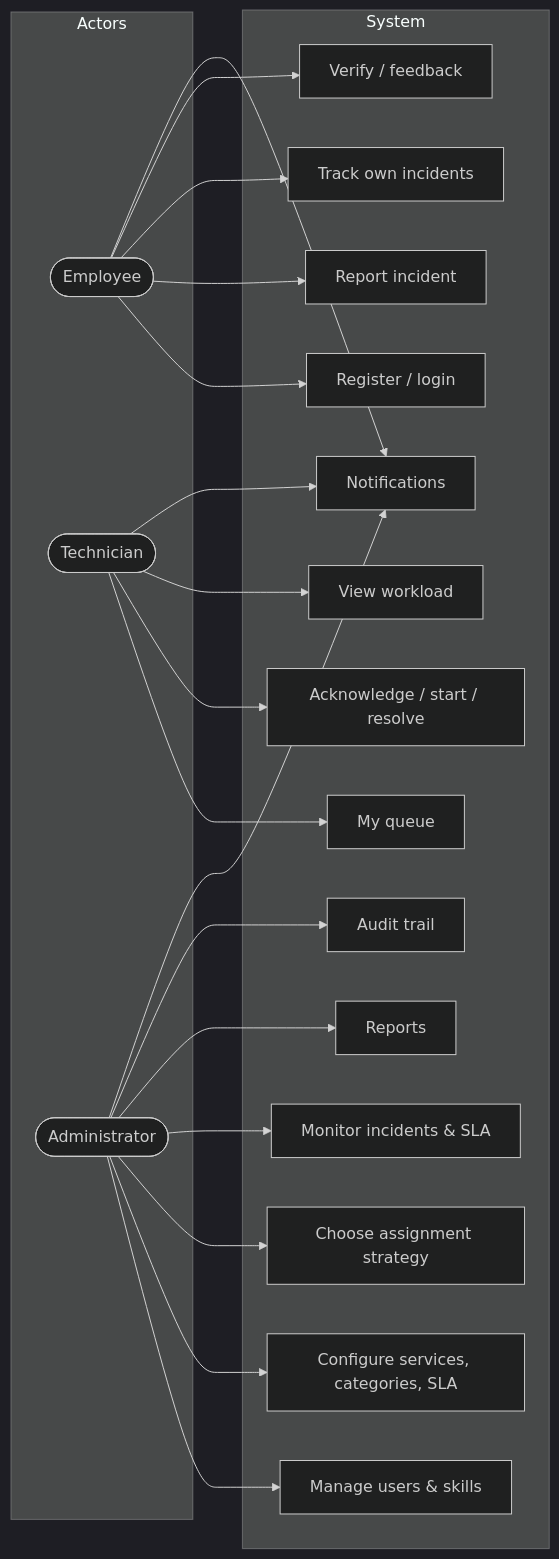
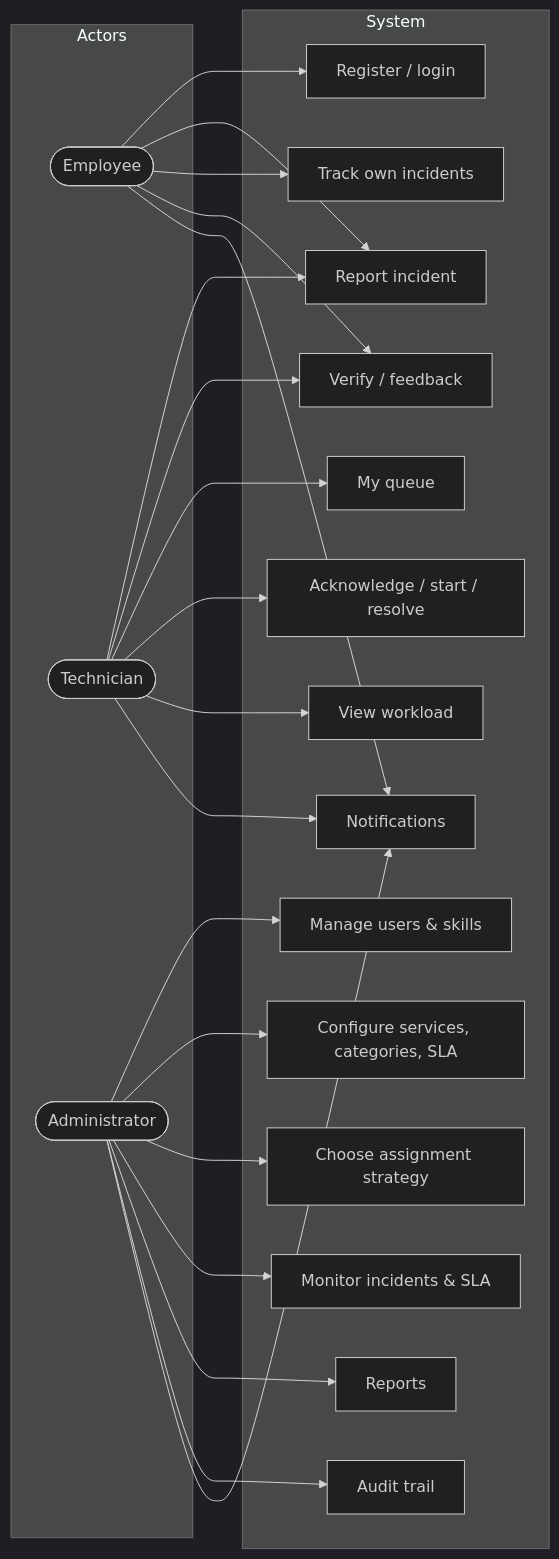
One commit to AtharvSuryawanshi-arch/DSH-OOPs-Project changed the fourth of 6 diagrams in docs/PROJECT_REPORT.md. Above: the diagram before and after it, drawn with Mermaid (dark theme). The commit also changed other lines of this file and 68 other files, not shown here.

````diff
--- a/docs/PROJECT_REPORT.md
+++ b/docs/PROJECT_REPORT.md
@@ -384,40 +395,42 @@
 ```mermaid
 flowchart LR
     subgraph Actors
       E([Employee])
       T([Technician])
       A([Administrator])
     end
     subgraph System
       R[Register / login]
       C[Report incident]
       V[Track own incidents]
       F[Verify / feedback]
       Q[My queue]
       W[Acknowledge / start / resolve]
       L[View workload]
       U[Manage users & skills]
       G[Configure services, categories, SLA]
       S[Choose assignment strategy]
       M[Monitor incidents & SLA]
       P[Reports]
       AU[Audit trail]
       N[Notifications]
     end
     E --> R
     E --> C
     E --> V
     E --> F
     E --> N
+    T --> C
+    T --> F
     T --> Q
     T --> W
     T --> L
     T --> N
     A --> U
     A --> G
     A --> S
     A --> M
     A --> P
     A --> AU
     A --> N
 ```
````
